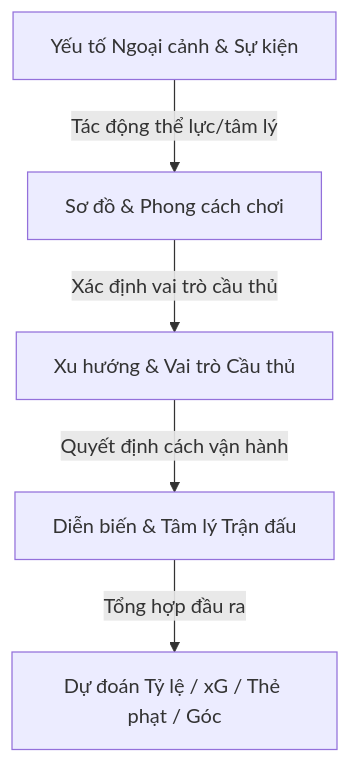
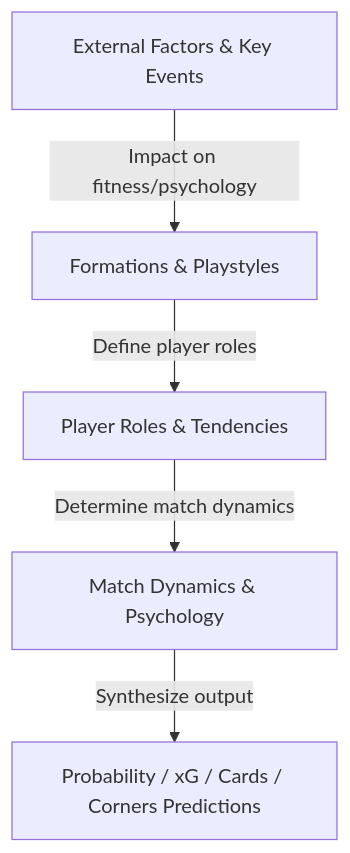
Before and after one commit to anv1804/anv-sport: the diagram in src/lib/tactics/AI_TACTICAL_TRAINING_GUIDE.md, drawn with Mermaid. The commit also changed other lines of this file and 11 other files, not shown here.

````diff
--- a/src/lib/tactics/AI_TACTICAL_TRAINING_GUIDE.md
+++ b/src/lib/tactics/AI_TACTICAL_TRAINING_GUIDE.md
@@ -11,7 +11,7 @@
 ```mermaid
 graph TD
-    A[Yếu tố Ngoại cảnh & Sự kiện] -->|Tác động thể lực/tâm lý| B[Sơ đồ & Phong cách chơi]
-    B -->|Xác định vai trò cầu thủ| C[Xu hướng & Vai trò Cầu thủ]
-    C -->|Quyết định cách vận hành| D[Diễn biến & Tâm lý Trận đấu]
-    D -->|Tổng hợp đầu ra| E[Dự đoán Tỷ lệ / xG / Thẻ phạt / Góc]
+    A[External Factors & Key Events] -->|Impact on fitness/psychology| B[Formations & Playstyles]
+    B -->|Define player roles| C[Player Roles & Tendencies]
+    C -->|Determine match dynamics| D[Match Dynamics & Psychology]
+    D -->|Synthesize output| E[Probability / xG / Cards / Corners Predictions]
 ```
````
